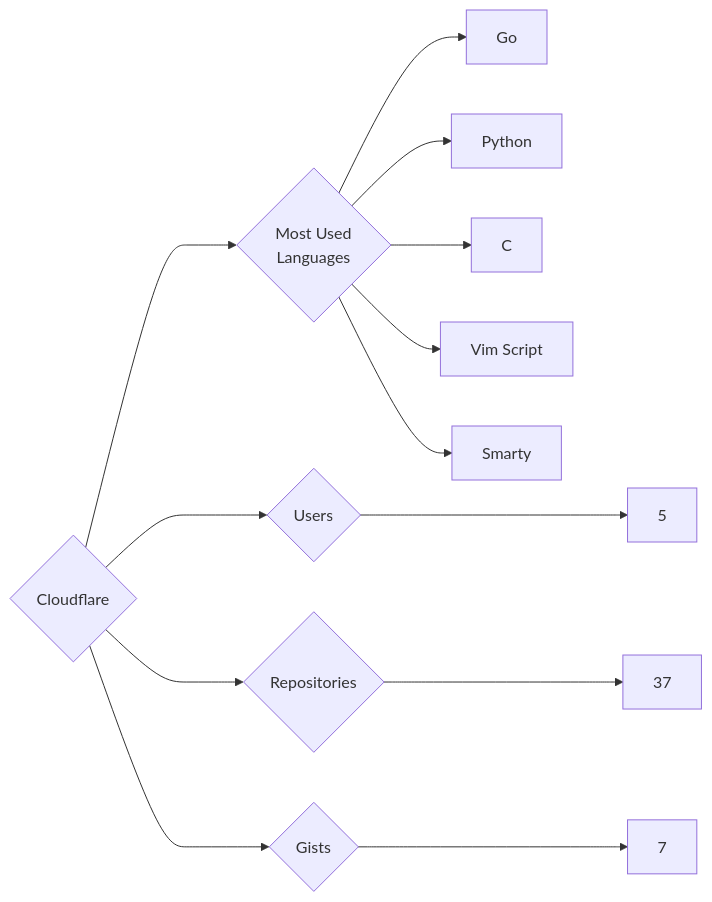
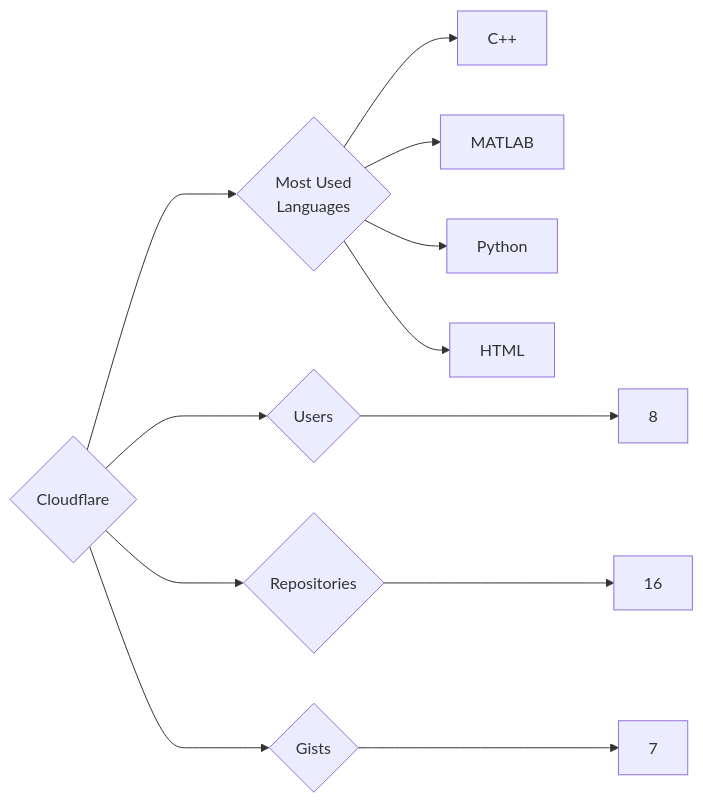
One commit to trickest/insiders changed the diagram in targets/Cloudflare/README.md. Above: the diagram before and after it, drawn with Mermaid. The commit also changed 1141 other files, not shown here.

````diff
--- a/targets/Cloudflare/README.md
+++ b/targets/Cloudflare/README.md
@@ -3,13 +3,12 @@
 ```mermaid
 graph LR
 COMPANY_NAME{Cloudflare}
-COMPANY_NAME ---> U{Users} ---> UN[5]
-COMPANY_NAME ---> R{Repositories} ---> RN[37]
+COMPANY_NAME ---> U{Users} ---> UN[8]
+COMPANY_NAME ---> R{Repositories} ---> RN[16]
 COMPANY_NAME ---> G{Gists} ---> GN[7]
 COMPANY_NAME ---> ML{Most Used<br>Languages}
-ML --> Go[Go]
+ML --> C++[C++]
+ML --> MATLAB[MATLAB]
 ML --> Python[Python]
-ML --> C[C]
-ML --> Vim_Script[Vim Script]
-ML --> Smarty[Smarty]
+ML --> HTML[HTML]
 ```
````
